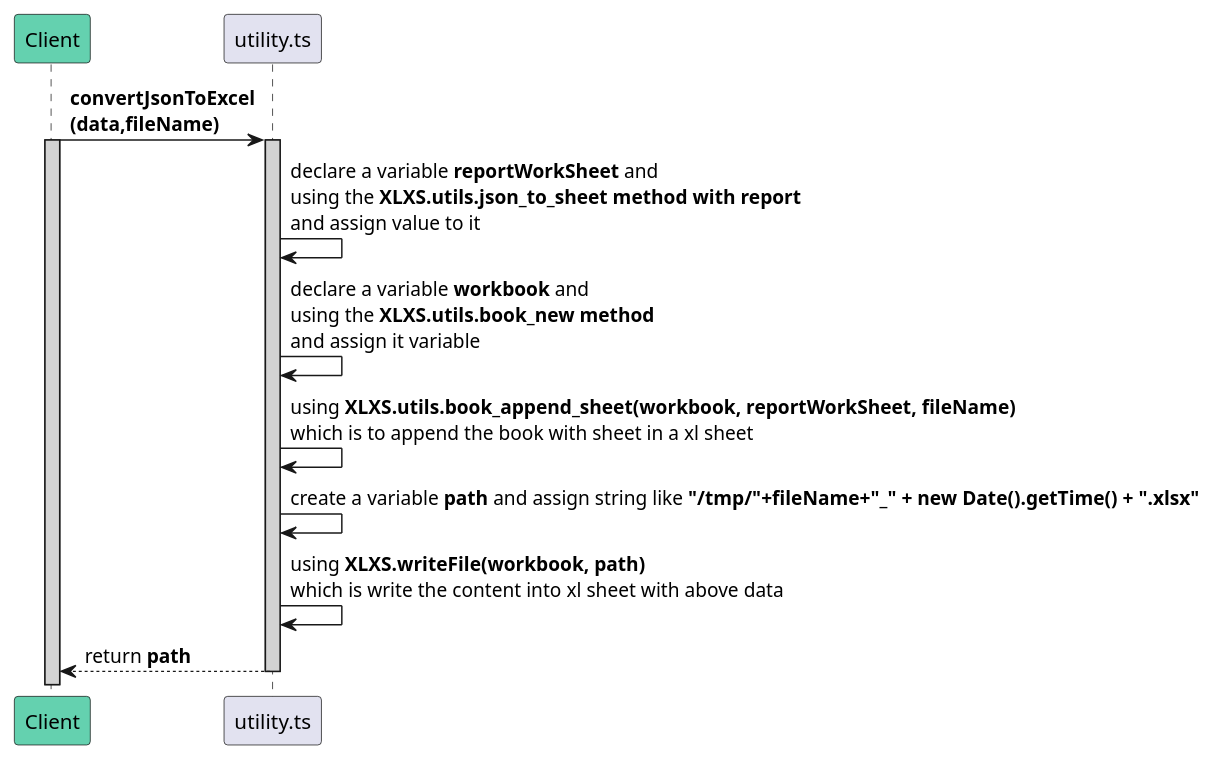
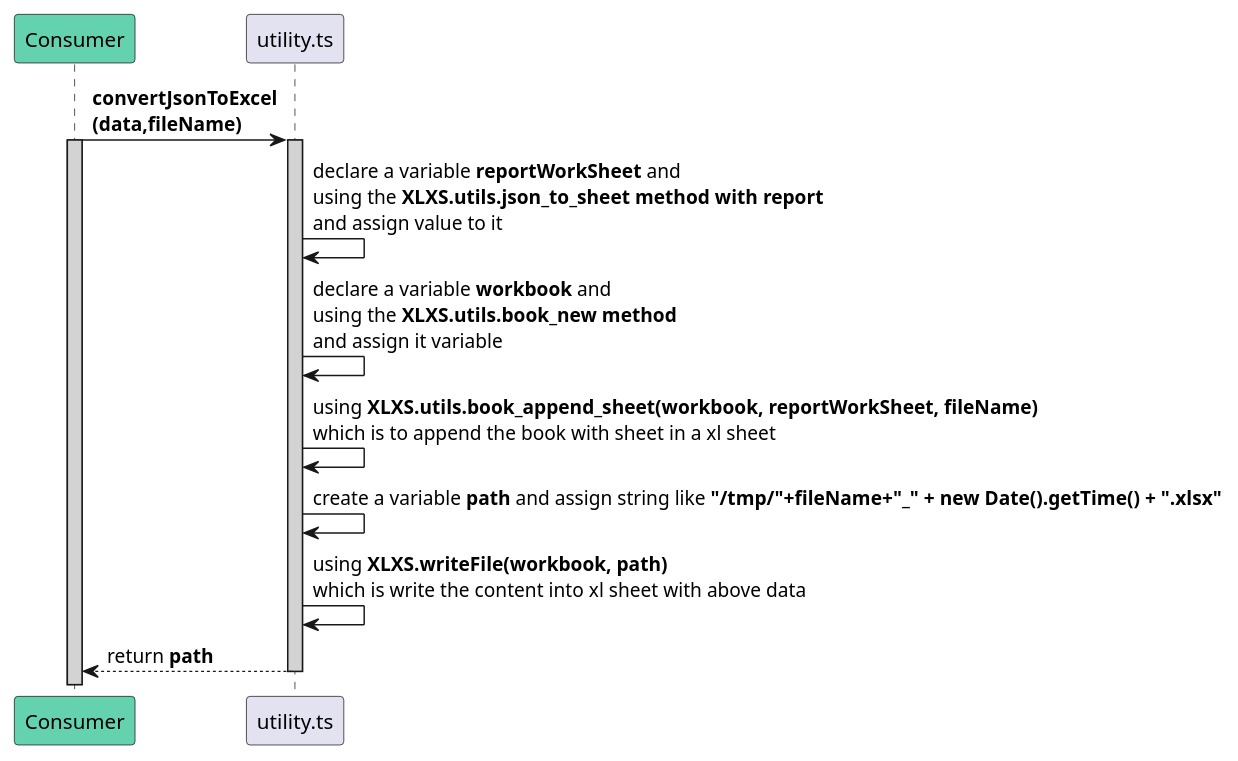
The diagram in backend/shared_services_design/convert_json_to_excel.sequence.puml (avasoft-mobility/workday-design), drawn with PlantUML before and after one commit. The commit also changed 25 other files, not shown here.

Commit message:
Add consumer instead of Client

```diff
--- a/backend/shared_services_design/convert_json_to_excel.sequence.puml
+++ b/backend/shared_services_design/convert_json_to_excel.sequence.puml
@@ -1,17 +1,17 @@
 @startuml convertJsonToExcel
-participant Client #64D1AF
+participant Consumer #64D1AF
 participant utility.ts
 
-Client -> utility.ts : **convertJsonToExcel**\n**(data,fileName)**
+Consumer -> utility.ts : **convertJsonToExcel**\n**(data,fileName)**
 activate utility.ts #D3D3D3
-activate Client #D3D3D3
+activate Consumer #D3D3D3
 
 utility.ts -> utility.ts : declare a variable **reportWorkSheet** and\nusing the **XLXS.utils.json_to_sheet method with report** \nand assign value to it
 utility.ts -> utility.ts : declare a variable **workbook** and\nusing the **XLXS.utils.book_new method** \nand assign it variable
 utility.ts -> utility.ts : using **XLXS.utils.book_append_sheet(workbook, reportWorkSheet, fileName)** \nwhich is to append the book with sheet in a xl sheet
 utility.ts -> utility.ts : create a variable **path** and assign string like **"/tmp/"+fileName+"_" + new Date().getTime() + ".xlsx"**
 utility.ts -> utility.ts : using **XLXS.writeFile(workbook, path)** \nwhich is write the content into xl sheet with above data
 
-Client <-- utility.ts : return **path**
+Consumer <-- utility.ts : return **path**
 deactivate utility.ts
 @enduml
```
